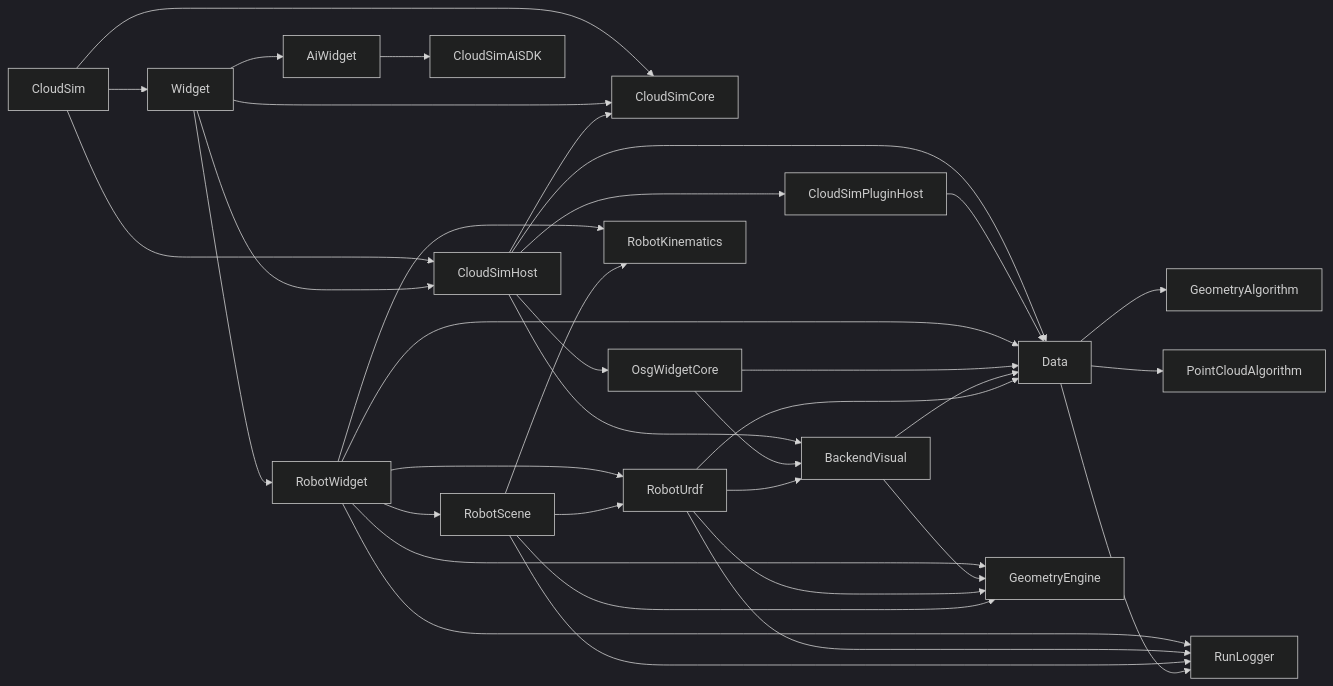
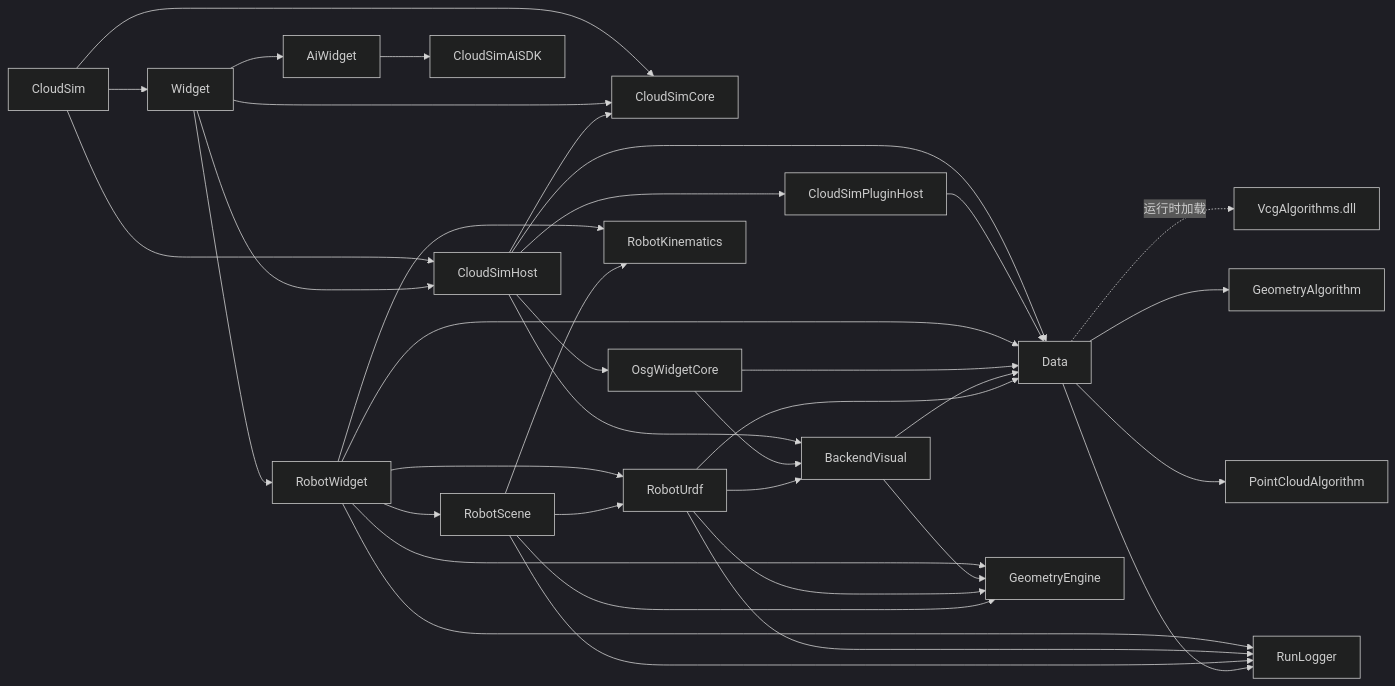
One commit to sanmunejdn/CloudSim changed the fourth of 12 diagrams in ARCHITECTURE_SUMMARY.md. Above: the diagram before and after it, drawn with Mermaid (dark theme). The commit also changed other lines of this file and 179 other files, not shown here.

````diff
--- a/ARCHITECTURE_SUMMARY.md
+++ b/ARCHITECTURE_SUMMARY.md
@@ -395,42 +416,43 @@
 ```mermaid
 flowchart LR
     CloudSim --> Widget
     CloudSim --> Host[CloudSimHost]
     CloudSim --> Core[CloudSimCore]
     Widget --> Host
     Widget --> Core
     Host --> Core
     Host --> OsgWidgetCore
     Host --> BackendVisual
     Host --> Data
     Widget --> RobotWidget
     Widget --> AiWidget
     AiWidget --> CloudSimAiSDK
     Host --> CloudSimPluginHost
     CloudSimPluginHost --> Data
     RobotWidget --> RobotScene
     RobotWidget --> RobotUrdf
     RobotWidget --> RobotKinematics
     RobotWidget --> GeometryEngine
     RobotWidget --> RunLogger
     RobotWidget --> Data
 
     OsgWidgetCore --> BackendVisual
     OsgWidgetCore --> Data
     BackendVisual --> Data
     BackendVisual --> GeometryEngine
 
     RobotUrdf --> Data
     RobotUrdf --> RunLogger
     RobotUrdf --> BackendVisual
     RobotUrdf --> GeometryEngine
 
     RobotScene --> RobotUrdf
     RobotScene --> RobotKinematics
     RobotScene --> RunLogger
     RobotScene --> GeometryEngine
 
     Data --> RunLogger
     Data --> PointCloudAlgorithm
     Data --> GeometryAlgorithm
+    Data -. 运行时加载 .-> VcgAlgorithms[VcgAlgorithms.dll]
 ```
````
